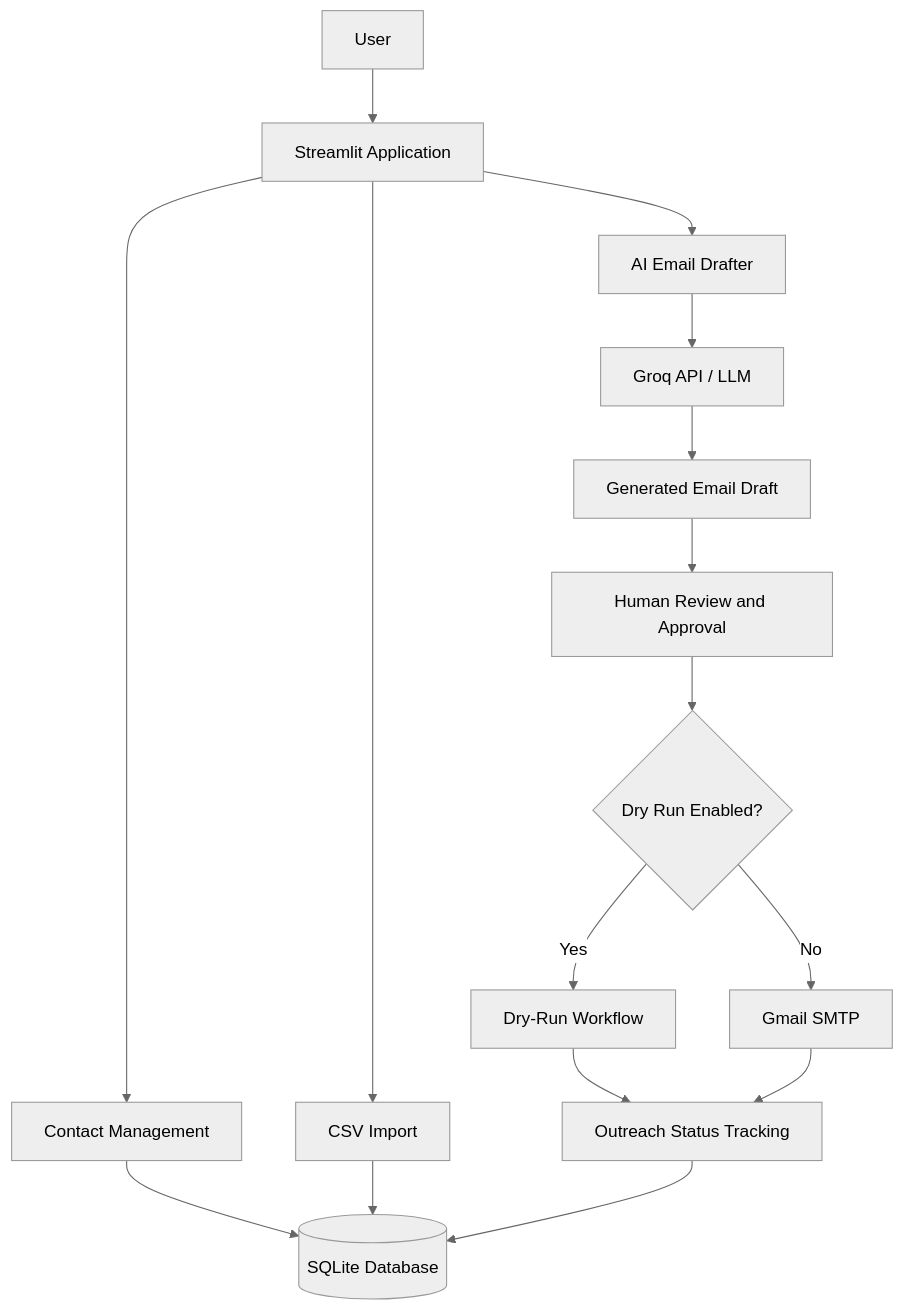
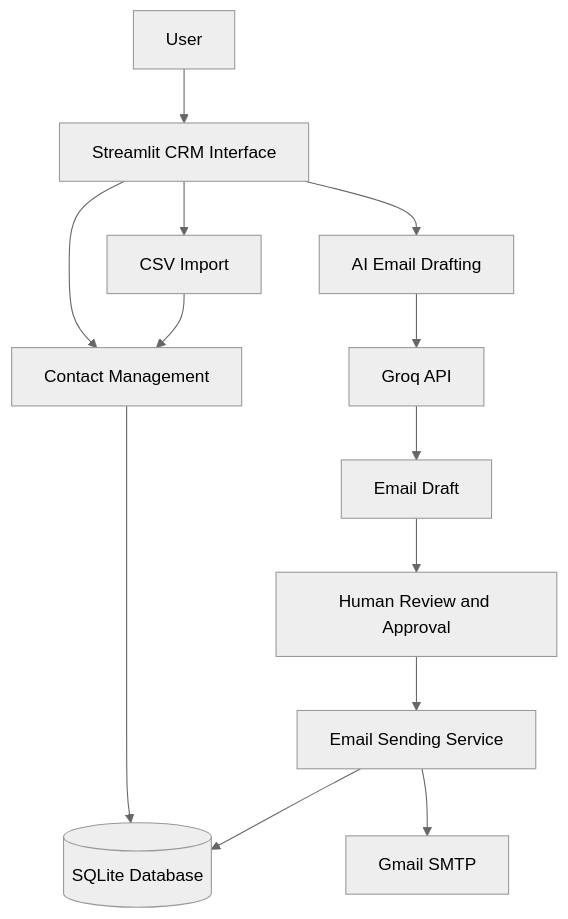
One commit to vaibhav07772/ib_crm_mvp changed the diagram in README.md. Above: the diagram before and after it, drawn with Mermaid (neutral theme). The commit also changed other lines of this file, not shown here.

````diff
--- a/README.md
+++ b/README.md
@@ -177,24 +108,15 @@
 ```mermaid
 flowchart TD
-    A[User] --> B[Streamlit Application]
-
+    A[User] --> B[Streamlit CRM Interface]
     B --> C[Contact Management]
     B --> D[CSV Import]
-    B --> E[AI Email Drafter]
-
+    B --> E[AI Email Drafting]
     C --> F[(SQLite Database)]
-    D --> F
-
-    E --> G[Groq API / LLM]
-    G --> H[Generated Email Draft]
-
+    D --> C
+    E --> G[Groq API]
+    G --> H[Email Draft]
     H --> I[Human Review and Approval]
-    I --> J{Dry Run Enabled?}
-
-    J -->|Yes| K[Dry-Run Workflow]
-    J -->|No| L[Gmail SMTP]
-
-    K --> M[Outreach Status Tracking]
-    L --> M
-    M --> F
+    I --> J[Email Sending Service]
+    J --> K[Gmail SMTP]
+    J --> F
 ```
````
